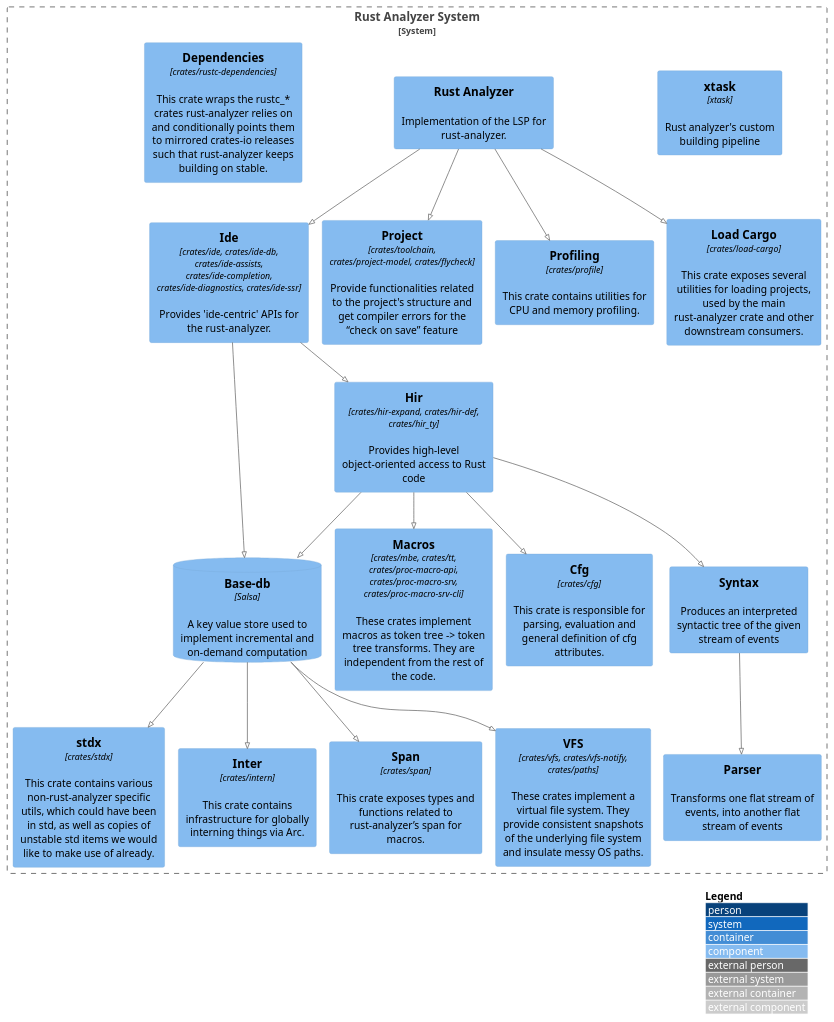
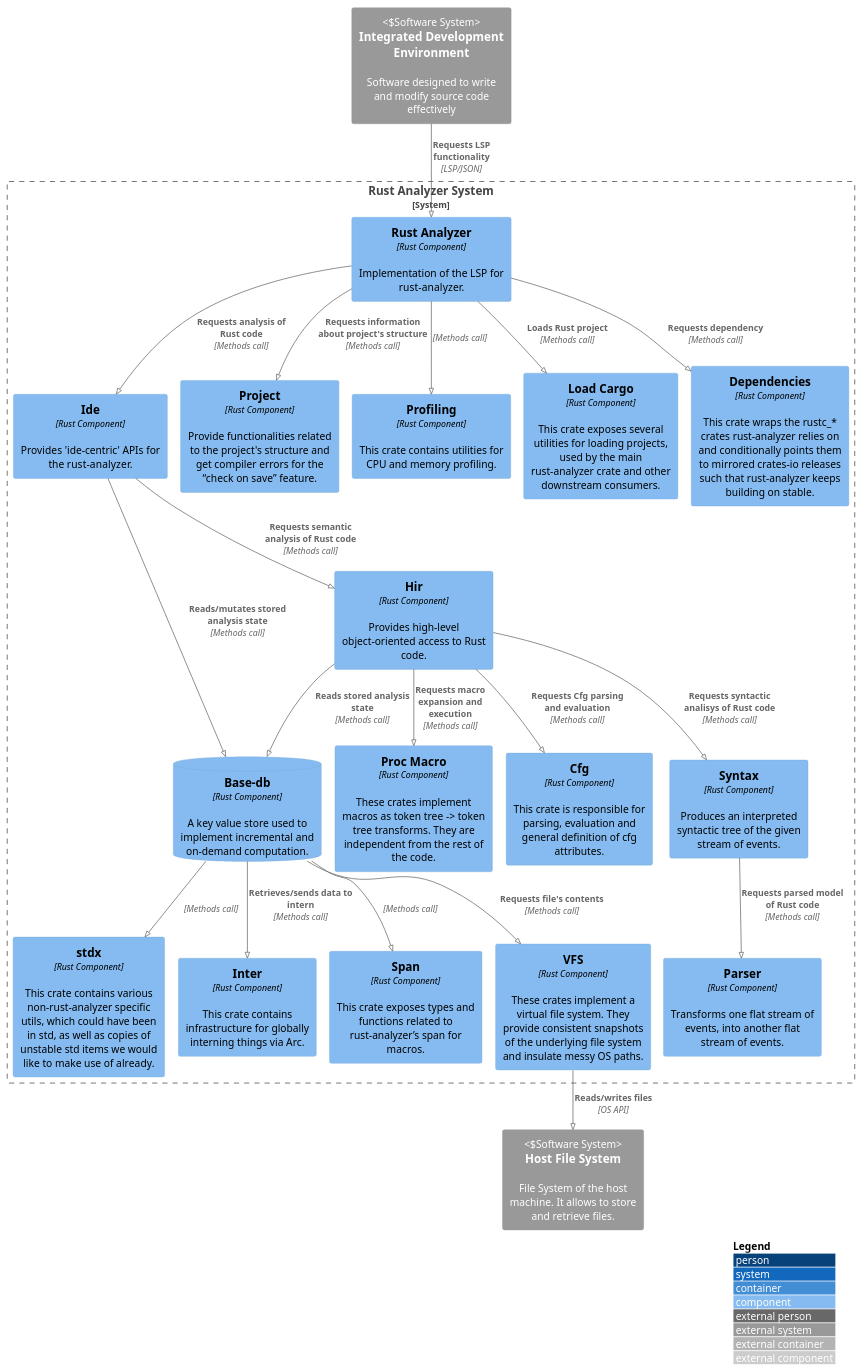
One commit to SDATeam10/Project changed the diagram in src/diagrams/architecture/component.puml. Above: the diagram before and after it, drawn with PlantUML. The commit also changed 5 other files, not shown here.

```diff
--- a/src/diagrams/architecture/component.puml
+++ b/src/diagrams/architecture/component.puml
@@ -1,45 +1,50 @@
 @startuml
 !pragma layout smetana
 !include https://raw.githubusercontent.com/plantuml-stdlib/C4-PlantUML/master/C4_Component.puml
 
 LAYOUT_WITH_LEGEND()
 
 
+System_Ext(ide_ext, "Integrated Development Environment", "Software designed to write and modify source code effectively", "Software System")
+System_Ext(file_system, "Host File System", "File System of the host machine. It allows to store and retrieve files.", "Software System")
+
 System_Boundary(sn, "Rust Analyzer System"){
-    Component(build, "xtask", "xtask", "Rust analyzer's custom building pipeline" )
-    Component(parser, "Parser", "", "Transforms one flat stream of events, into another flat stream of events" )
-    Component(syntax, "Syntax", "", "Produces an interpreted syntactic tree of the given stream of events" )
-    ComponentDb(basedb, "Base-db", "Salsa", "A key value store used to implement incremental and on-demand computation" )
-    Component(hir, "Hir", "crates/hir-expand, crates/hir-def, crates/hir_ty", "Provides high-level object-oriented access to Rust code" )
-    Component(ide_int, "Ide", "crates/ide, crates/ide-db, crates/ide-assists, crates/ide-completion, crates/ide-diagnostics, crates/ide-ssr", "Provides 'ide-centric' APIs for the rust-analyzer.")
-    Component(rustanalyzer, "Rust Analyzer", "", "Implementation of the LSP for rust-analyzer.")
-    Component(project, "Project", "crates/toolchain, crates/project-model, crates/flycheck", "Provide functionalities related to the project's structure and get compiler errors for the “check on save” feature")
-    Component(macro, "Macros", "crates/mbe, crates/tt, crates/proc-macro-api, crates/proc-macro-srv, crates/proc-macro-srv-cli", "These crates implement macros as token tree -> token tree transforms. They are independent from the rest of the code.")
-    Component(cfg, "Cfg", "crates/cfg", "This crate is responsible for parsing, evaluation and general definition of cfg attributes.")
-    Component(vsf, "VFS", "crates/vfs, crates/vfs-notify, crates/paths", "These crates implement a virtual file system. They provide consistent snapshots of the underlying file system and insulate messy OS paths.")
-    Component(stdx, "stdx", "crates/stdx", "This crate contains various non-rust-analyzer specific utils, which could have been in std, as well as copies of unstable std items we would like to make use of already.")
-    Component(profile, "Profiling", "crates/profile", "This crate contains utilities for CPU and memory profiling.")
-    Component(intern, "Inter", "crates/intern", "This crate contains infrastructure for globally interning things via Arc.")
-    Component(loadcargo, "Load Cargo", "crates/load-cargo", "This crate exposes several utilities for loading projects, used by the main rust-analyzer crate and other downstream consumers.")
-    Component(dependencies, "Dependencies", "crates/rustc-dependencies", "This crate wraps the rustc_* crates rust-analyzer relies on and conditionally points them to mirrored crates-io releases such that rust-analyzer keeps building on stable.")
-    Component(span, "Span", "crates/span", "This crate exposes types and functions related to rust-analyzer’s span for macros.")
+    Component(parser, "Parser", "Rust Component", "Transforms one flat stream of events, into another flat stream of events." )
+    Component(syntax, "Syntax", "Rust Component", "Produces an interpreted syntactic tree of the given stream of events." )
+    ComponentDb(basedb, "Base-db", "Rust Component", "A key value store used to implement incremental and on-demand computation." )
+    Component(hir, "Hir", "Rust Component", "Provides high-level object-oriented access to Rust code." )
+    Component(ide_int, "Ide", "Rust Component", "Provides 'ide-centric' APIs for the rust-analyzer.")
+    Component(rustanalyzer, "Rust Analyzer", "Rust Component", "Implementation of the LSP for rust-analyzer.")
+    Component(project, "Project", "Rust Component", "Provide functionalities related to the project's structure and get compiler errors for the “check on save” feature.")
+    Component(macro, "Proc Macro", "Rust Component", "These crates implement macros as token tree -> token tree transforms. They are independent from the rest of the code.")
+    Component(cfg, "Cfg", "Rust Component", "This crate is responsible for parsing, evaluation and general definition of cfg attributes.")
+    Component(vfs, "VFS", "Rust Component", "These crates implement a virtual file system. They provide consistent snapshots of the underlying file system and insulate messy OS paths.")
+    Component(stdx, "stdx", "Rust Component", "This crate contains various non-rust-analyzer specific utils, which could have been in std, as well as copies of unstable std items we would like to make use of already.")
+    Component(profile, "Profiling", "Rust Component", "This crate contains utilities for CPU and memory profiling.")
+    Component(intern, "Inter", "Rust Component", "This crate contains infrastructure for globally interning things via Arc.")
+    Component(loadcargo, "Load Cargo", "Rust Component", "This crate exposes several utilities for loading projects, used by the main rust-analyzer crate and other downstream consumers.")
+    Component(dependencies, "Dependencies", "Rust Component", "This crate wraps the rustc_* crates rust-analyzer relies on and conditionally points them to mirrored crates-io releases such that rust-analyzer keeps building on stable.")
+    Component(span, "Span", "Rust Component", "This crate exposes types and functions related to rust-analyzer’s span for macros.")
 }
 
-Rel(rustanalyzer, ide_int, "")
-Rel(ide_int, hir, "")
-    Rel(ide_int, basedb, "")
-Rel(hir, syntax, "")
-    Rel(hir, macro, "")
-    Rel(hir, cfg, "")
-    Rel(hir, basedb, "")
-Rel(syntax, parser, "")
-Rel(rustanalyzer, loadcargo, "")
-Rel(rustanalyzer, project, "")
-Rel(rustanalyzer, profile, "")
+Rel(ide_ext, rustanalyzer, "Requests LSP functionality","LSP/JSON")
+Rel(rustanalyzer, dependencies, "Requests dependency", "Methods call")
+Rel(rustanalyzer, ide_int, "Requests analysis of Rust code", "Methods call")
+Rel(ide_int, hir, "Requests semantic analysis of Rust code", "Methods call")
+    Rel(ide_int, basedb, "Reads/mutates stored analysis state", "Methods call")
+Rel(hir, syntax, "Requests syntactic analisys of Rust code", "Methods call")
+    Rel(hir, macro, "Requests macro expansion and execution", "Methods call")
+    Rel(hir, cfg, "Requests Cfg parsing and evaluation", "Methods call")
+    Rel(hir, basedb, "Reads stored analysis state", "Methods call")
+Rel(syntax, parser, "Requests parsed model of Rust code", "Methods call")
+Rel(rustanalyzer, loadcargo, "Loads Rust project", "Methods call")
+Rel(rustanalyzer, project, "Requests information about project's structure", "Methods call")
+Rel(rustanalyzer, profile, "", "Methods call")
 
-Rel(basedb, intern, "")
-Rel(basedb, vsf, "")
-Rel(basedb, span, "")
-Rel(basedb, stdx, "")
+Rel(basedb, intern, "Retrieves/sends data to intern", "Methods call")
+Rel(basedb, vfs, "Requests file's contents", "Methods call")
+    Rel(vfs, file_system, "Reads/writes files", "OS API")
+Rel(basedb, span, "", "Methods call")
+Rel(basedb, stdx, "", "Methods call")
 
 @enduml
```
